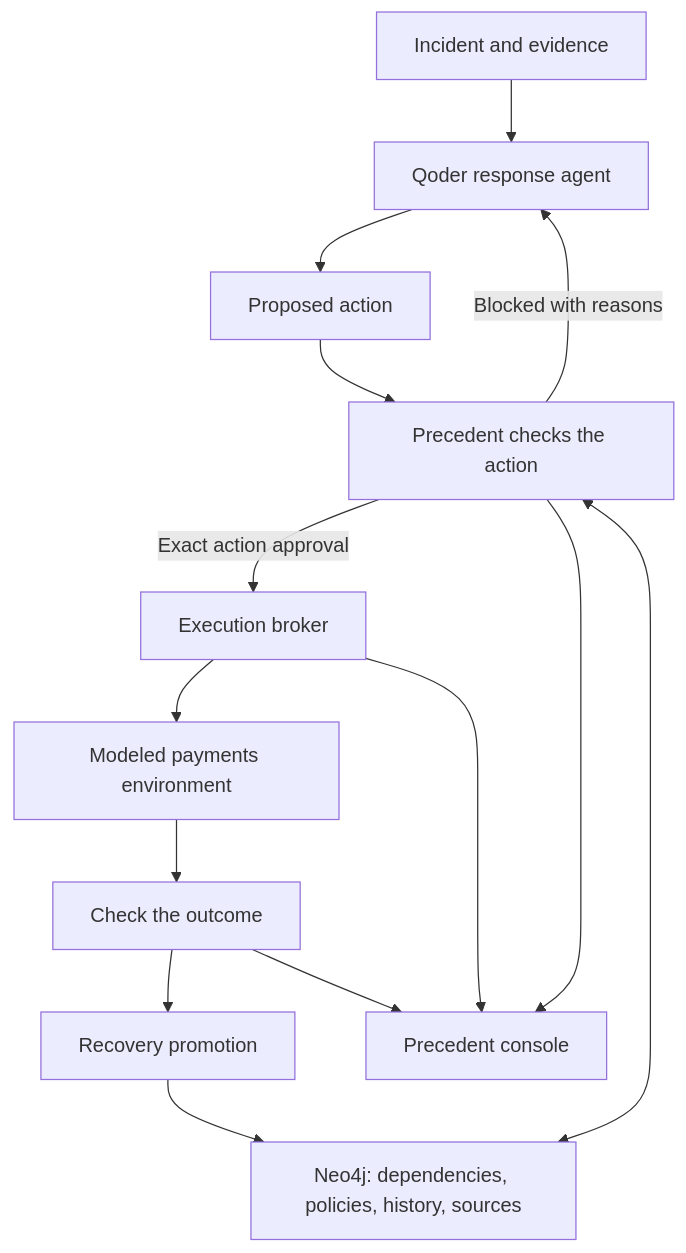
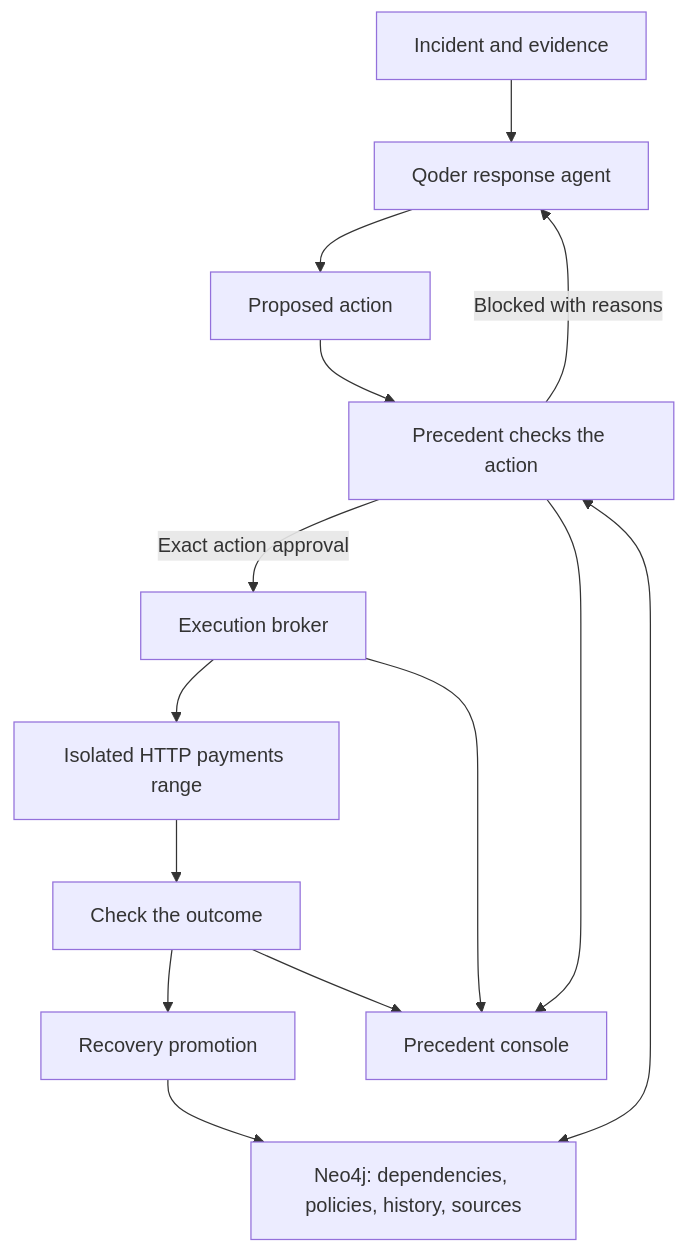
The diagram in README.md (poudelsubhan/precedent), drawn with Mermaid before and after one commit. The commit also changed other lines of this file and 21 other files, not shown here.

````diff
--- a/README.md
+++ b/README.md
@@ -30,16 +30,16 @@
 ```mermaid
 flowchart TD
     Incident[Incident and evidence] --> Qoder[Qoder response agent]
     Qoder --> Proposal[Proposed action]
     Proposal --> Gate[Precedent checks the action]
     Memory[Neo4j: dependencies, policies, history, sources] <--> Gate
     Gate -->|Blocked with reasons| Qoder
     Gate -->|Exact action approval| Broker[Execution broker]
-    Broker --> Range[Modeled payments environment]
+    Broker --> Range[Isolated HTTP payments range]
     Range --> Probes[Check the outcome]
     Probes --> Learning[Recovery promotion]
     Learning --> Memory
     Gate --> Console[Precedent console]
     Broker --> Console
     Probes --> Console
 ```
````
